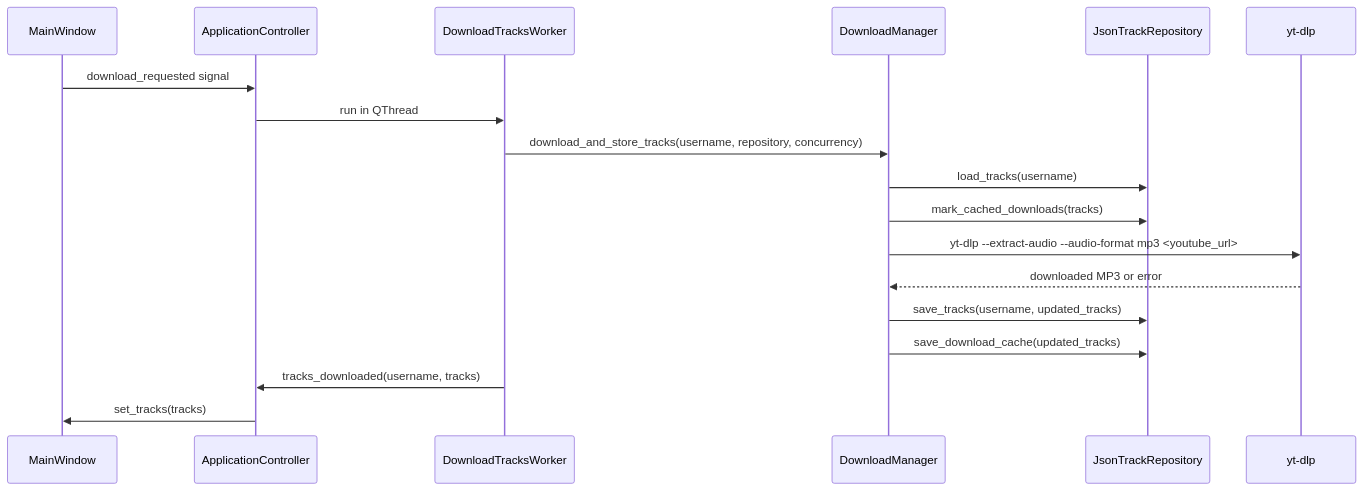
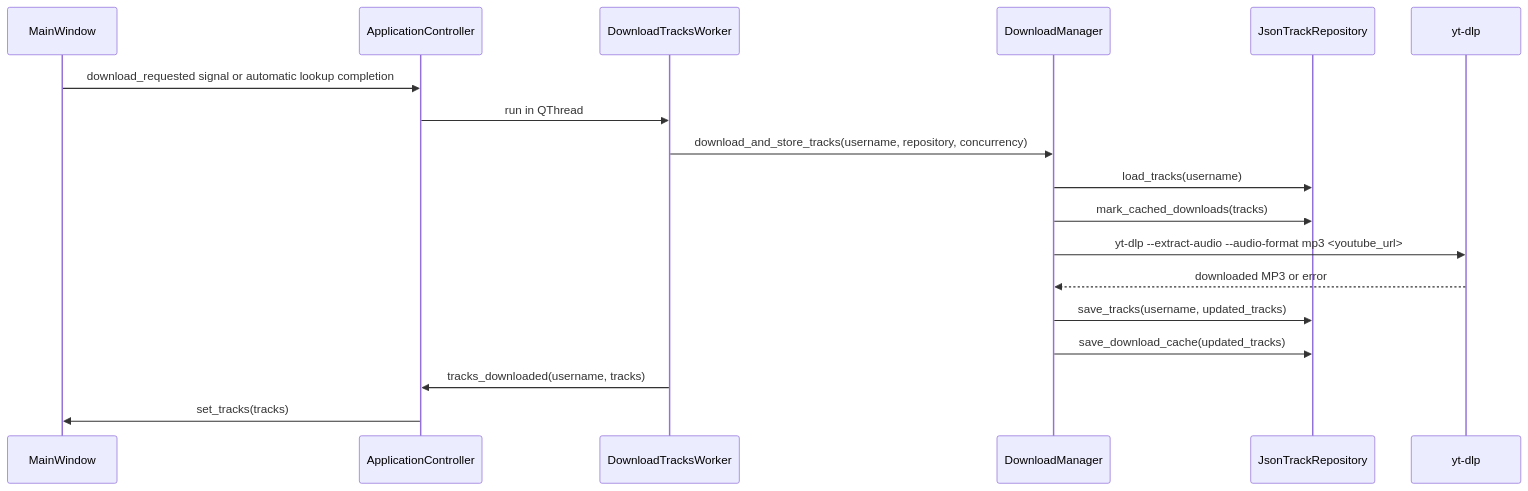
The seventh of 9 diagrams in documents/03_ARCHITECTURE.md (marcelpetrick/myLastFmPlayer), drawn with Mermaid before and after one commit. The commit also changed other lines of this file and 8 other files, not shown here.

````diff
--- a/documents/03_ARCHITECTURE.md
+++ b/documents/03_ARCHITECTURE.md
@@ -251,21 +255,21 @@
 ```mermaid
 sequenceDiagram
     participant UI as MainWindow
     participant Controller as ApplicationController
     participant Worker as DownloadTracksWorker
     participant Manager as DownloadManager
     participant Storage as JsonTrackRepository
     participant Ytdlp as yt-dlp
 
-    UI->>Controller: download_requested signal
+    UI->>Controller: download_requested signal or automatic lookup completion
     Controller->>Worker: run in QThread
     Worker->>Manager: download_and_store_tracks(username, repository, concurrency)
     Manager->>Storage: load_tracks(username)
     Manager->>Storage: mark_cached_downloads(tracks)
     Manager->>Ytdlp: yt-dlp --extract-audio --audio-format mp3 <youtube_url>
     Ytdlp-->>Manager: downloaded MP3 or error
     Manager->>Storage: save_tracks(username, updated_tracks)
     Manager->>Storage: save_download_cache(updated_tracks)
     Worker->>Controller: tracks_downloaded(username, tracks)
     Controller->>UI: set_tracks(tracks)
 ```
````
